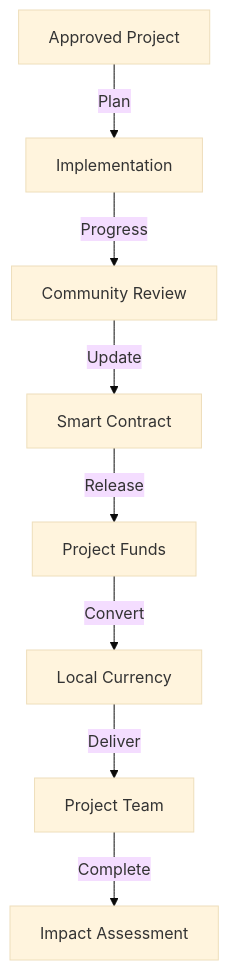
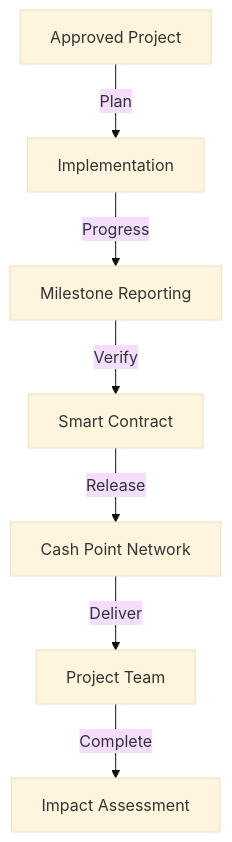
The eighth of 8 diagrams in README.md (tapilew/equilibrio-alpha), drawn with Mermaid (base theme) before and after one commit. The commit also changed other lines of this file, not shown here.

````diff
--- a/README.md
+++ b/README.md
@@ -408,10 +471,9 @@
    ```mermaid
    graph TD
        A[Approved Project] -->|Plan| B[Implementation]
-       B -->|Progress| C[Community Review]
-       C -->|Update| D[Smart Contract]
-       D -->|Release| E[Project Funds]
-       E -->|Convert| F[Local Currency]
-       F -->|Deliver| G[Project Team]
-       G -->|Complete| H[Impact Assessment]
+       B -->|Progress| C[Milestone Reporting]
+       C -->|Verify| D[Smart Contract]
+       D -->|Release| E[Cash Point Network]
+       E -->|Deliver| F[Project Team]
+       F -->|Complete| G[Impact Assessment]
    ```
````
